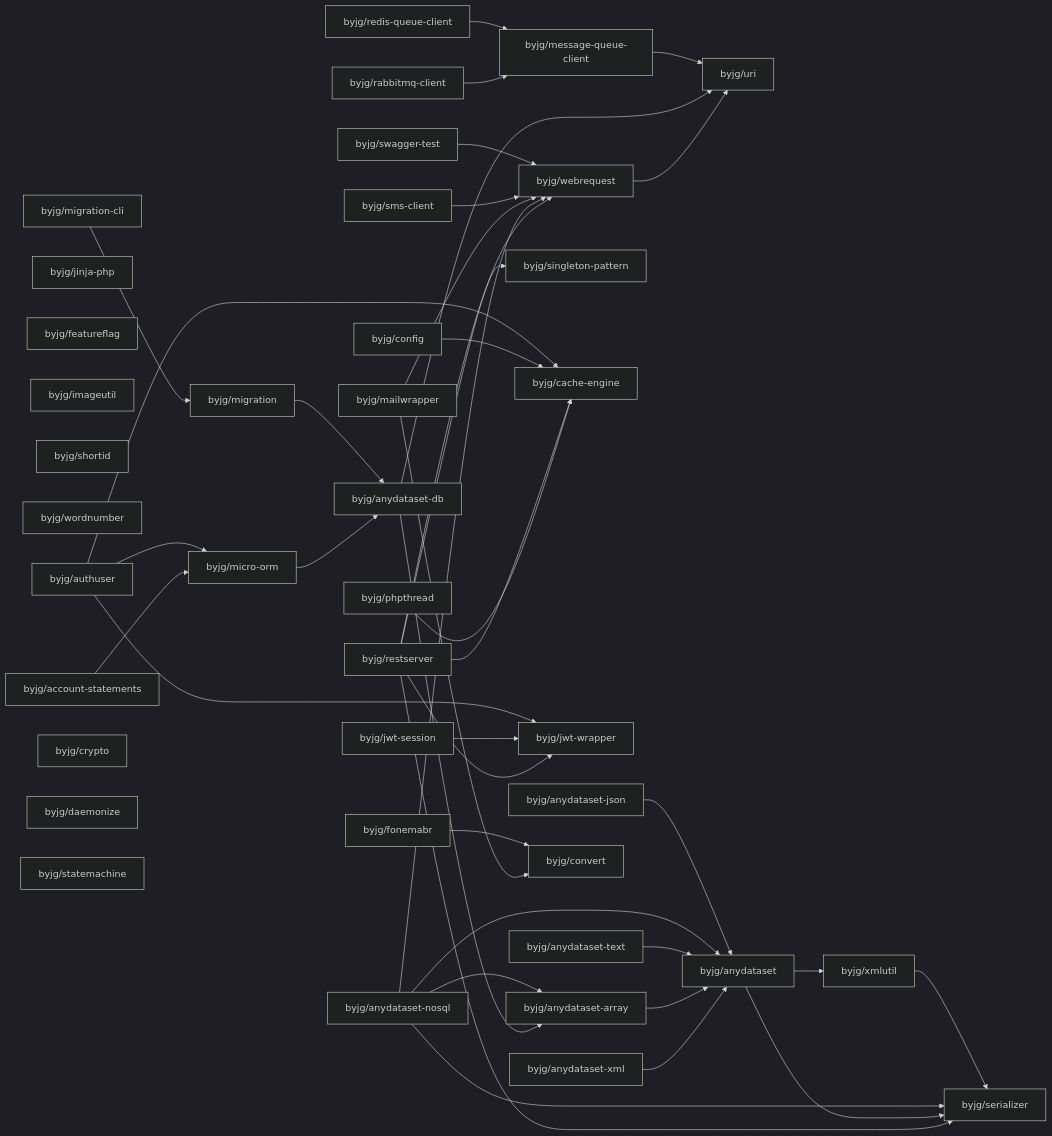
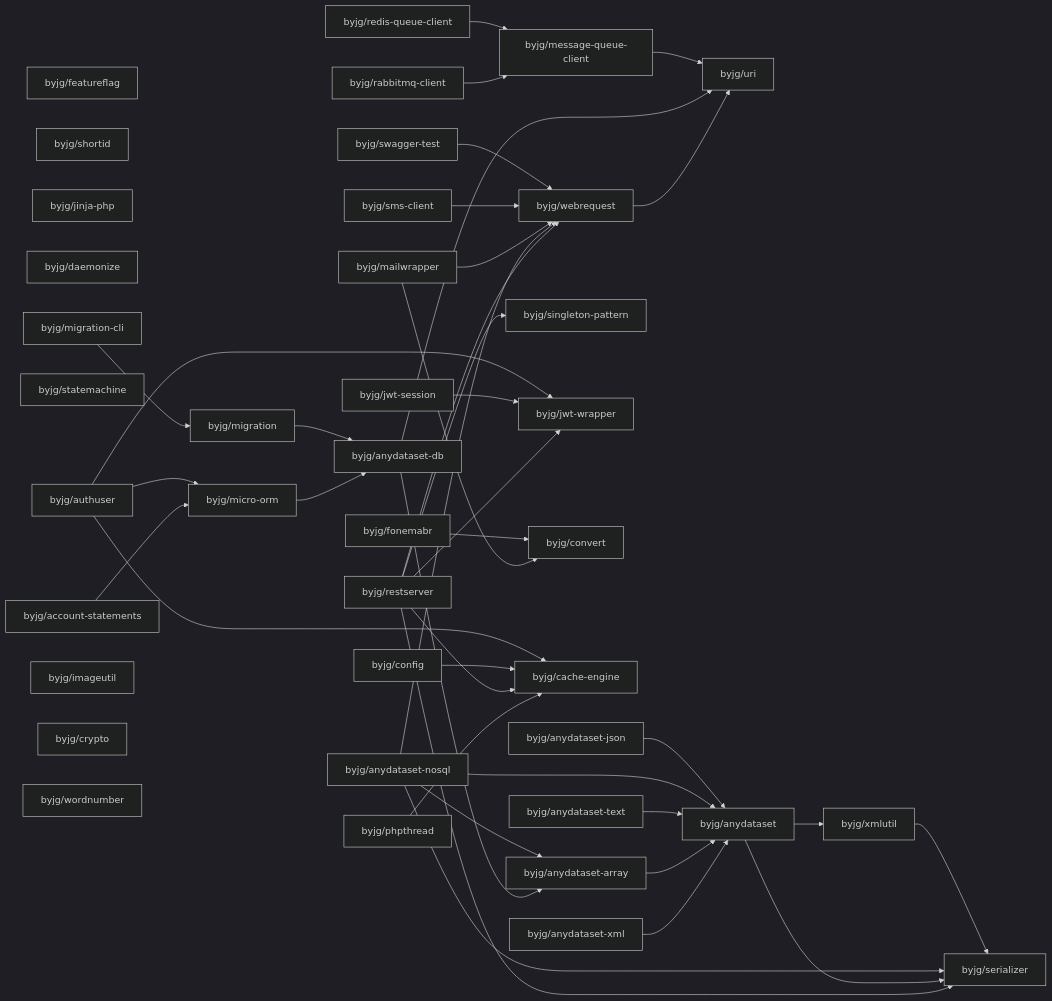
Before and after one commit to byjg/byjg.github.io: the diagram in docs/php/README.md, drawn with Mermaid (dark theme). The commit also changed other lines of this file and 6 other files, not shown here.

````diff
--- a/docs/php/README.md
+++ b/docs/php/README.md
@@ -3,79 +3,79 @@
 ```mermaid
 graph LR;
+  byjg/featureflag;
+  byjg/jwt-session;
+  byjg/shortid;
+  byjg/fonemabr;
+  byjg/restserver;
+  byjg/jinja-php;
+  byjg/daemonize;
+  byjg/migration-cli;
+  byjg/phpthread;
+  byjg/redis-queue-client;
+  byjg/statemachine;
+  byjg/authuser;
+  byjg/account-statements;
+  byjg/anydataset-text;
+  byjg/sms-client;
+  byjg/anydataset-json;
+  byjg/swagger-test;
+  byjg/anydataset-xml;
+  byjg/mailwrapper;
+  byjg/imageutil;
   byjg/config;
-  byjg/migration-cli;
-  byjg/anydataset-text;
-  byjg/jinja-php;
-  byjg/mailwrapper;
-  byjg/sms-client;
-  byjg/featureflag;
-  byjg/phpthread;
-  byjg/restserver;
-  byjg/imageutil;
-  byjg/shortid;
+  byjg/crypto;
+  byjg/wordnumber;
+  byjg/anydataset-nosql;
   byjg/rabbitmq-client;
-  byjg/jwt-session;
-  byjg/wordnumber;
-  byjg/authuser;
-  byjg/anydataset-xml;
-  byjg/redis-queue-client;
-  byjg/account-statements;
-  byjg/anydataset-json;
-  byjg/crypto;
-  byjg/daemonize;
-  byjg/fonemabr;
-  byjg/statemachine;
-  byjg/swagger-test;
-  byjg/anydataset-nosql;
+  byjg/singleton-pattern;
   byjg/migration;
-  byjg/singleton-pattern;
-  byjg/cache-engine;
   byjg/jwt-wrapper;
-  byjg/message-queue-client;
   byjg/micro-orm;
   byjg/convert;
+  byjg/cache-engine;
   byjg/webrequest;
+  byjg/message-queue-client;
   byjg/anydataset-db;
   byjg/anydataset-array;
   byjg/uri;
   byjg/anydataset;
   byjg/xmlutil;
   byjg/serializer;
   byjg/migration --> byjg/anydataset-db;
   byjg/fonemabr --> byjg/convert;
   byjg/swagger-test --> byjg/webrequest;
   byjg/authuser --> byjg/micro-orm;
   byjg/authuser --> byjg/cache-engine;
   byjg/authuser --> byjg/jwt-wrapper;
   byjg/config --> byjg/cache-engine;
   byjg/message-queue-client --> byjg/uri;
   byjg/sms-client --> byjg/webrequest;
   byjg/xmlutil --> byjg/serializer;
   byjg/anydataset-json --> byjg/anydataset;
   byjg/mailwrapper --> byjg/convert;
   byjg/mailwrapper --> byjg/webrequest;
   byjg/anydataset-nosql --> byjg/anydataset;
   byjg/anydataset-nosql --> byjg/anydataset-array;
   byjg/anydataset-nosql --> byjg/serializer;
   byjg/anydataset-nosql --> byjg/webrequest;
   byjg/migration-cli --> byjg/migration;
   byjg/redis-queue-client --> byjg/message-queue-client;
   byjg/jwt-session --> byjg/jwt-wrapper;
   byjg/anydataset --> byjg/serializer;
   byjg/anydataset --> byjg/xmlutil;
   byjg/anydataset-db --> byjg/anydataset-array;
   byjg/anydataset-db --> byjg/uri;
   byjg/anydataset-text --> byjg/anydataset;
   byjg/restserver --> byjg/serializer;
   byjg/restserver --> byjg/singleton-pattern;
   byjg/restserver --> byjg/cache-engine;
   byjg/restserver --> byjg/webrequest;
   byjg/restserver --> byjg/jwt-wrapper;
   byjg/account-statements --> byjg/micro-orm;
   byjg/webrequest --> byjg/uri;
   byjg/micro-orm --> byjg/anydataset-db;
   byjg/anydataset-array --> byjg/anydataset;
   byjg/anydataset-xml --> byjg/anydataset;
   byjg/phpthread --> byjg/cache-engine;
   byjg/rabbitmq-client --> byjg/message-queue-client;
 ```
````
